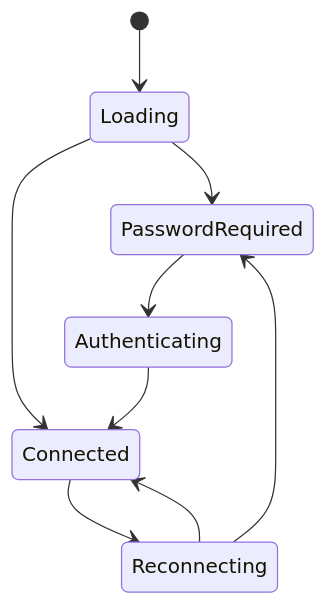
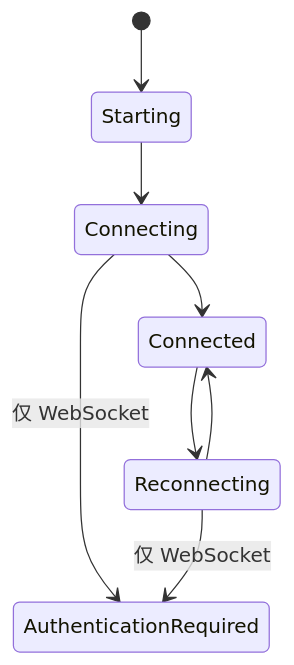
Before and after one commit to Kiramei/baas-tauri: the diagram in docs/content/docs/zh/api/frontend-runtime.mdx, drawn with Mermaid. The commit also changed other lines of this file and 16 other files, not shown here.

````diff
--- a/docs/content/docs/zh/api/frontend-runtime.mdx
+++ b/docs/content/docs/zh/api/frontend-runtime.mdx
@@ -22,11 +43,10 @@
 ```mermaid
 stateDiagram-v2
-  [*] --> Loading
-  Loading --> PasswordRequired
-  Loading --> Connected
-  PasswordRequired --> Authenticating
-  Authenticating --> Connected
+  [*] --> Starting
+  Starting --> Connecting
+  Connecting --> Connected
+  Connecting --> AuthenticationRequired: 仅 WebSocket
   Connected --> Reconnecting
   Reconnecting --> Connected
-  Reconnecting --> PasswordRequired
+  Reconnecting --> AuthenticationRequired: 仅 WebSocket
 ```
````
